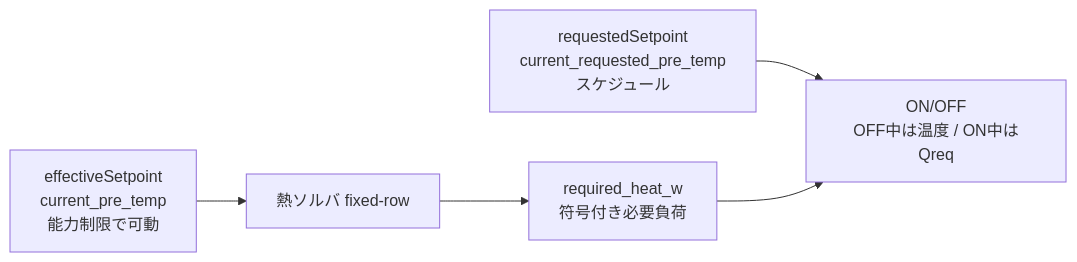
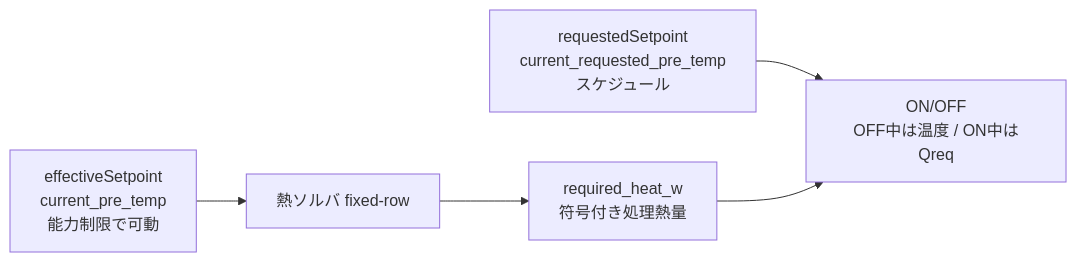
Before and after one commit to iguchi-lab/vtsimnx: the tenth of 11 diagrams in engine/docs/simulation_loops.md, drawn with Mermaid. The commit also changed other lines of this file and 11 other files, not shown here.

````diff
--- a/engine/docs/simulation_loops.md
+++ b/engine/docs/simulation_loops.md
@@ -194,7 +194,7 @@
 ```mermaid
 flowchart LR
     REQ["requestedSetpoint<br/>current_requested_pre_temp<br/>スケジュール"] --> ON["ON/OFF<br/>OFF中は温度 / ON中はQreq"]
     EFF["effectiveSetpoint<br/>current_pre_temp<br/>能力制限で可動"] --> FIX["熱ソルバ fixed-row"]
-    FIX --> QR["required_heat_w<br/>符号付き必要負荷"]
+    FIX --> QR["required_heat_w<br/>符号付き処理熱量"]
     QR --> ON
 ```
````
